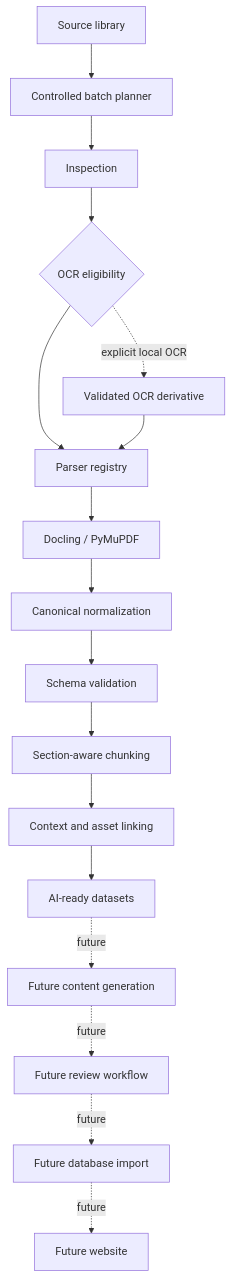
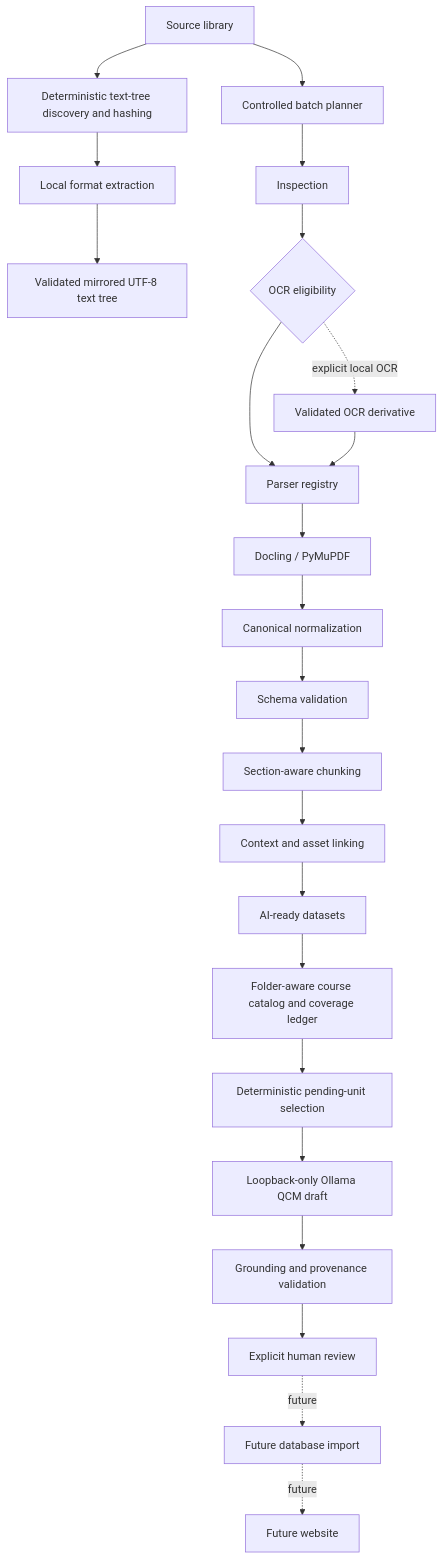
One commit to safwen511/medplat changed the diagram in docs/architecture.md. Above: the diagram before and after it, drawn with Mermaid. The commit also changed other lines of this file and 52 other files, not shown here.

````diff
--- a/docs/architecture.md
+++ b/docs/architecture.md
@@ -3,19 +3,25 @@
 ```mermaid
 flowchart TD
     A[Source library] --> Z[Controlled batch planner]
+    A --> T[Deterministic text-tree discovery and hashing]
+    T --> U[Local format extraction]
+    U --> W[Validated mirrored UTF-8 text tree]
     Z --> B[Inspection]
     B --> O{OCR eligibility}
     O --> C[Parser registry]
     O -. explicit local OCR .-> P[Validated OCR derivative]
     P --> C
     C --> D[Docling / PyMuPDF]
     D --> E[Canonical normalization]
     E --> F[Schema validation]
     F --> G[Section-aware chunking]
     G --> H[Context and asset linking]
     H --> I[AI-ready datasets]
-    I -. future .-> J[Future content generation]
-    J -. future .-> K[Future review workflow]
+    I --> Q[Folder-aware course catalog and coverage ledger]
+    Q --> J[Deterministic pending-unit selection]
+    J --> N[Loopback-only Ollama QCM draft]
+    N --> V[Grounding and provenance validation]
+    V --> K[Explicit human review]
     K -. future .-> L[Future database import]
     L -. future .-> M[Future website]
 ```
````
